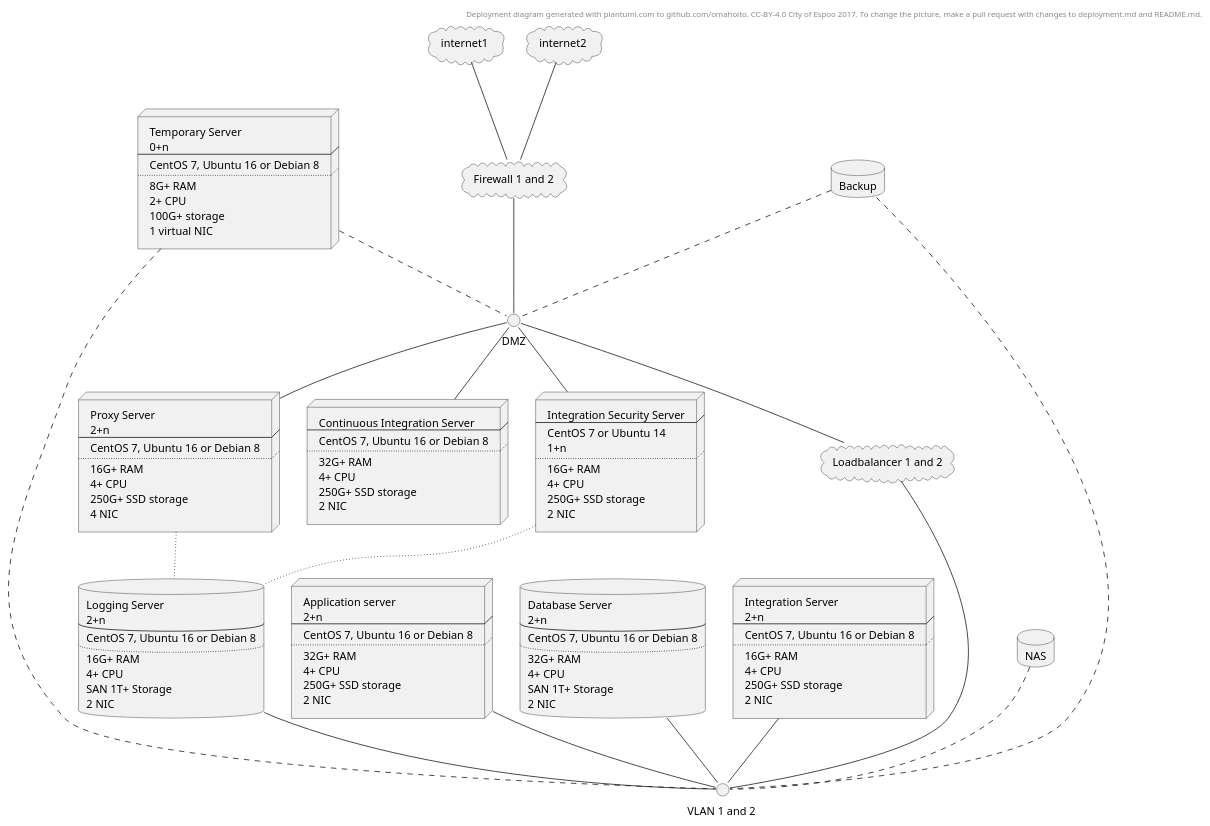
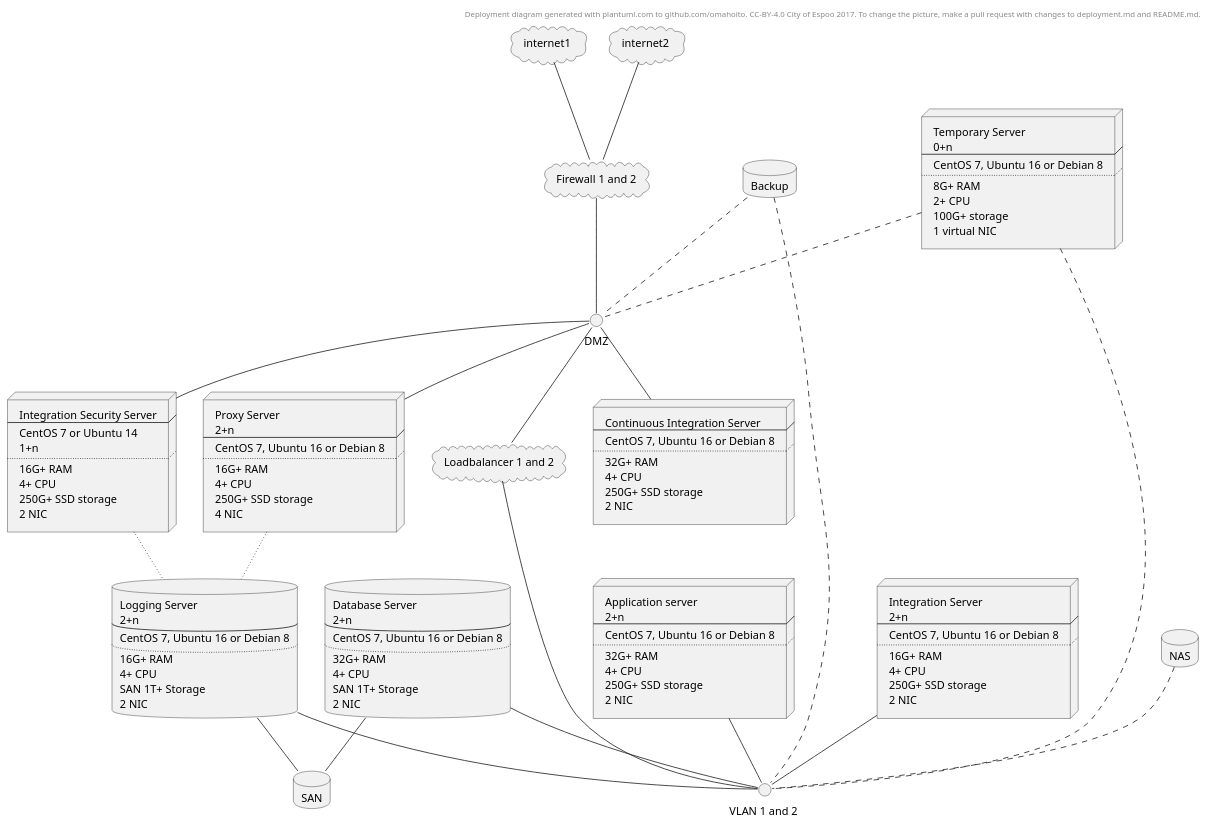
One commit to ruoat/definitions changed the diagram in deployment.md. Above: the diagram before and after it, drawn with PlantUML.

```diff
--- a/deployment.md
+++ b/deployment.md
@@ -103,6 +103,7 @@
 1 virtual NIC
 ]
 database NAS
+database SAN
 database Backup
 
 internet1 -- firewall
@@ -118,6 +119,8 @@
 
 loadbalancer1 -- VLAN1
 database1 -- VLAN1
+database1 -- SAN
+logging1 -- SAN
 nodeintegration2 -- VLAN1
 logging1 -- VLAN1
 nodeas1 -- VLAN1
```
